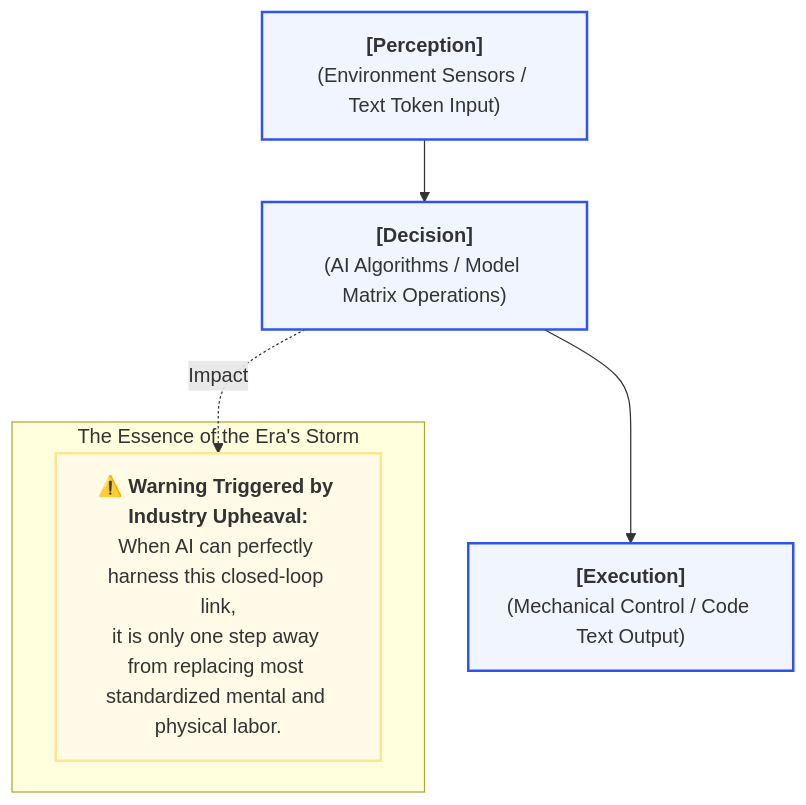
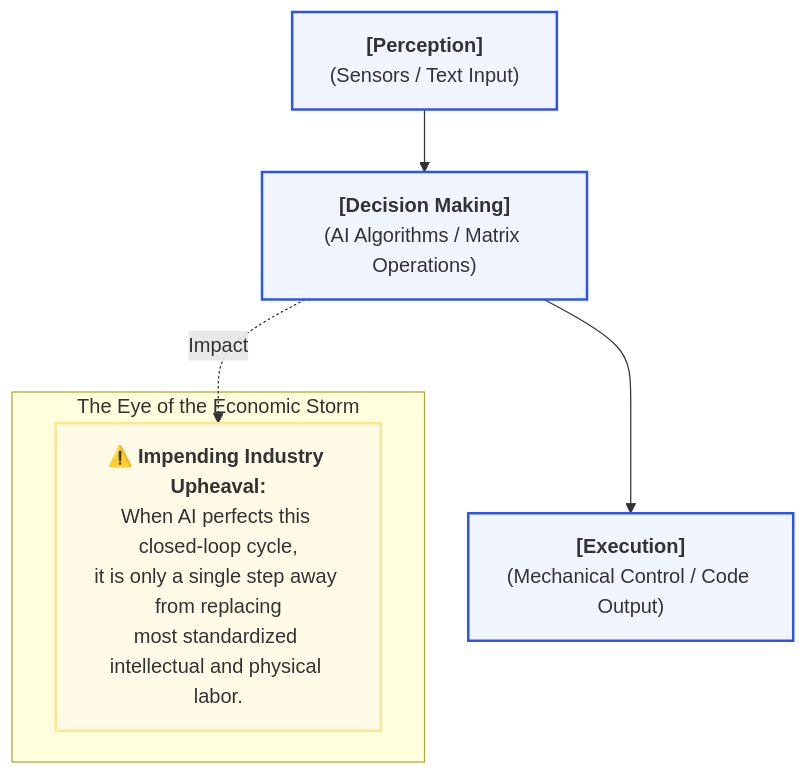
Before and after one commit to ruanqizhen/cocode: the fourth of 4 diagrams in i18n/en/docusaurus-plugin-content-docs/current/background.md, drawn with Mermaid. The commit also changed other lines of this file and 41 other files, not shown here.

````diff
--- a/i18n/en/docusaurus-plugin-content-docs/current/background.md
+++ b/i18n/en/docusaurus-plugin-content-docs/current/background.md
@@ -231,22 +221,22 @@
 ```mermaid
 graph TD
     %% Core link
-    A["<strong>[Perception]</strong><br>(Environment Sensors / Text Token Input)"] --> B["<strong>[Decision]</strong><br>(AI Algorithms / Model Matrix Operations)"]
-    B --> C["<strong>[Execution]</strong><br>(Mechanical Control / Code Text Output)"]
+    A["<strong>[Perception]</strong><br>(Sensors / Text Input)"] --> B["<strong>[Decision Making]</strong><br>(AI Algorithms / Matrix Operations)"]
+    B --> C["<strong>[Execution]</strong><br>(Mechanical Control / Code Output)"]
 
     %% Warning area
-    subgraph "The Essence of the Era's Storm"
-        Warning["⚠️ <strong>Warning Triggered by Industry Upheaval:</strong><br>When AI can perfectly harness this closed-loop link,<br>it is only one step away from replacing most standardized mental and physical labor."]
+    subgraph "The Eye of the Economic Storm"
+        Warning["⚠️ <strong>Impending Industry Upheaval:</strong><br>When AI perfects this closed-loop cycle,<br>it is only a single step away from replacing<br>most standardized intellectual and physical labor."]
     end
     
     B -. Impact .-> Warning
 
-    %% Style definitions (Compatible with Light mode as fallback)
+    %% Style definitions
     classDef mindigo fill:#f0f5ff,stroke:#2f54eb,stroke-width:2px;
     classDef myellow fill:#fffbe6,stroke:#ffe58f,stroke-width:2px;
 
     class A mindigo;
     class B mindigo;
     class C mindigo;
     class Warning myellow;
 ```
````
